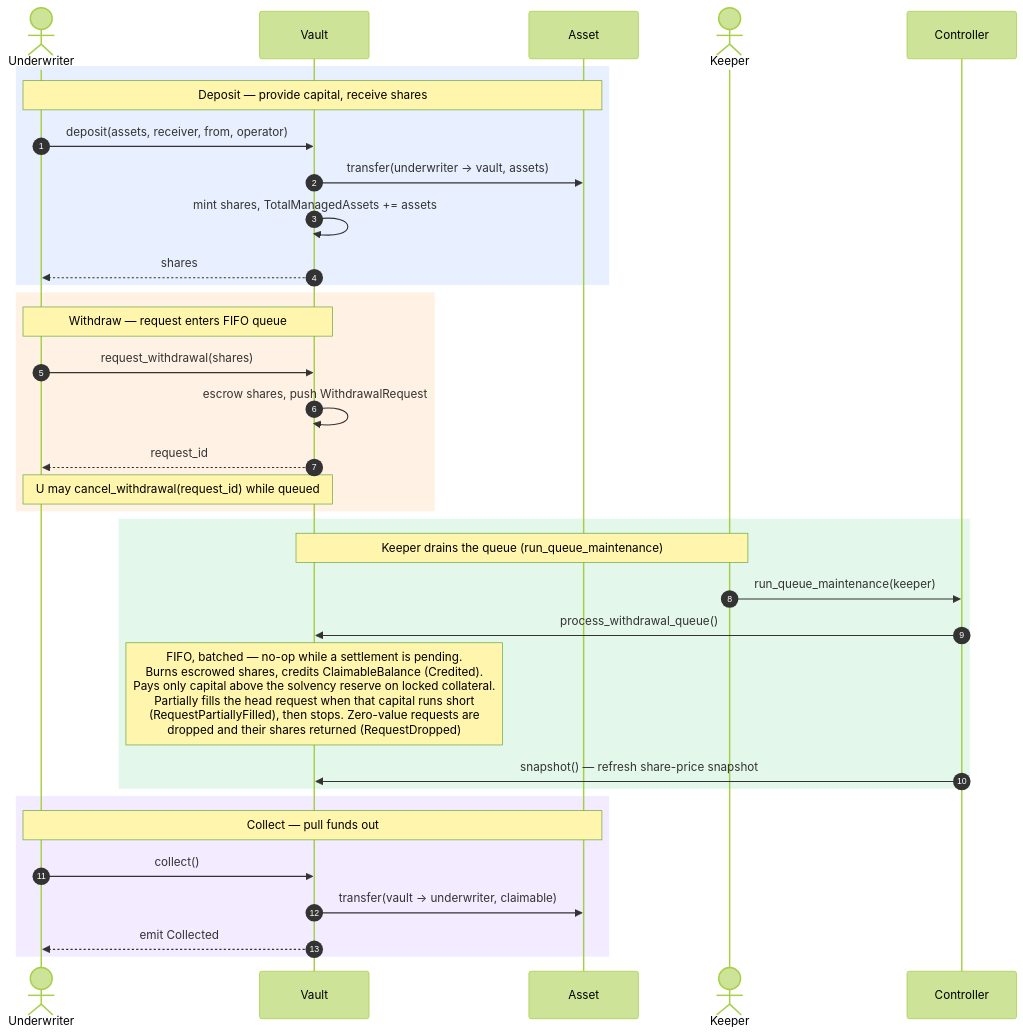
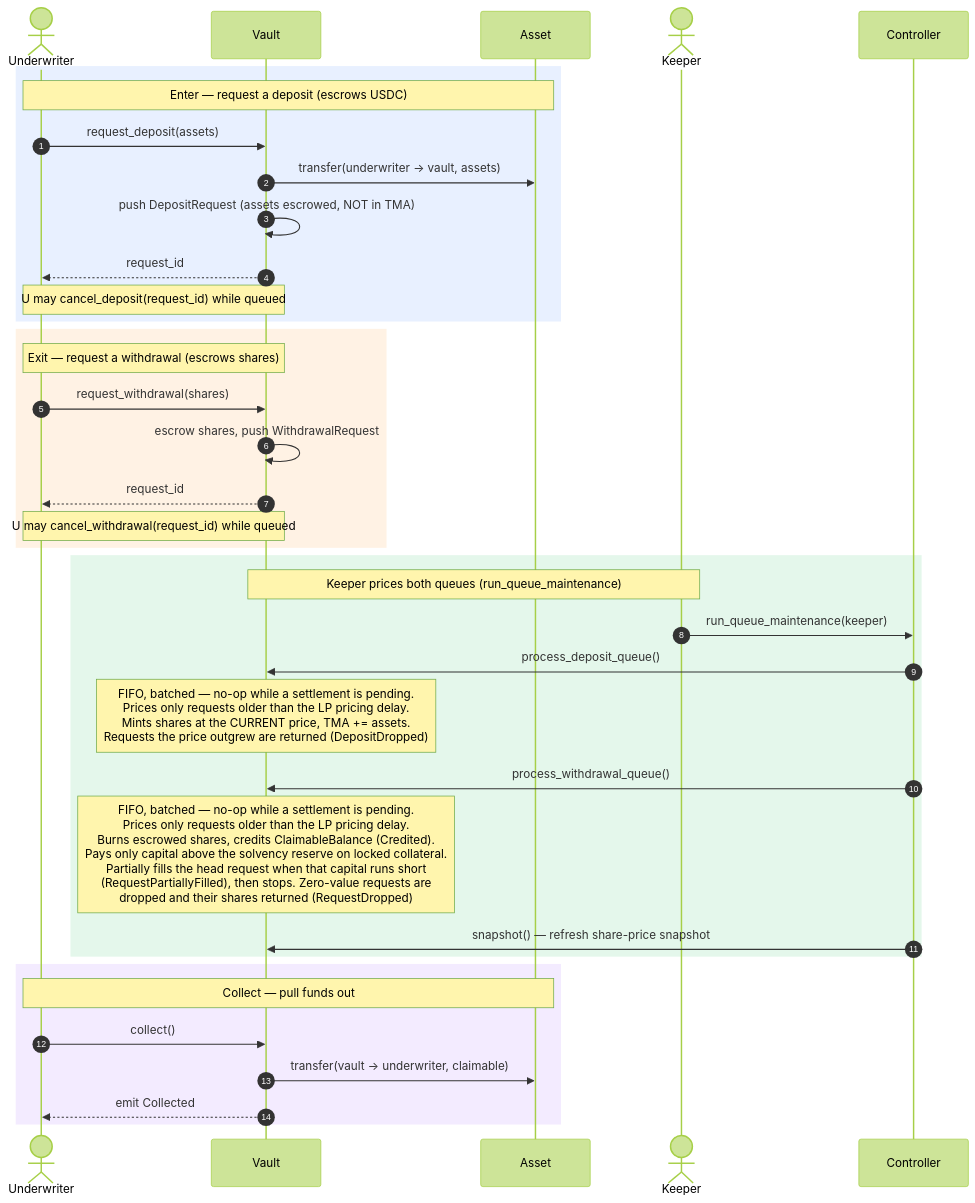
One commit to SentinelFi/sentinel_soroban_v3 changed the fourth of 6 diagrams in sequence_diagrams.md. Above: the diagram before and after it, drawn with Mermaid (forest theme). The commit also changed other lines of this file and 45 other files, not shown here.

````diff
--- a/sequence_diagrams.md
+++ b/sequence_diagrams.md
@@ -180,40 +182,43 @@
 ```mermaid
 sequenceDiagram
     autonumber
     actor U as Underwriter
     participant Vault as Vault
     participant Asset as Asset
     actor Keeper
     participant Ctrl as Controller
 
     rect rgba(96, 148, 255, 0.14)
-    Note over U,Asset: Deposit — provide capital, receive shares
-    U->>Vault: deposit(assets, receiver, from, operator)
+    Note over U,Asset: Enter — request a deposit (escrows USDC)
+    U->>Vault: request_deposit(assets)
     Vault->>Asset: transfer(underwriter → vault, assets)
-    Vault->>Vault: mint shares, TotalManagedAssets += assets
-    Vault-->>U: shares
+    Vault->>Vault: push DepositRequest (assets escrowed, NOT in TMA)
+    Vault-->>U: request_id
+    Note over U,Vault: U may cancel_deposit(request_id) while queued
     end
 
     rect rgba(255, 160, 64, 0.14)
-    Note over U,Vault: Withdraw — request enters FIFO queue
+    Note over U,Vault: Exit — request a withdrawal (escrows shares)
     U->>Vault: request_withdrawal(shares)
     Vault->>Vault: escrow shares, push WithdrawalRequest
     Vault-->>U: request_id
     Note over U,Vault: U may cancel_withdrawal(request_id) while queued
     end
 
     rect rgba(64, 200, 112, 0.14)
-    Note over Keeper,Vault: Keeper drains the queue (run_queue_maintenance)
+    Note over Keeper,Vault: Keeper prices both queues (run_queue_maintenance)
     Keeper->>Ctrl: run_queue_maintenance(keeper)
+    Ctrl->>Vault: process_deposit_queue()
+    Note over Vault: FIFO, batched — no-op while a settlement is pending.<br/>Prices only requests older than the LP pricing delay.<br/>Mints shares at the CURRENT price, TMA += assets.<br/>Requests the price outgrew are returned (DepositDropped)
     Ctrl->>Vault: process_withdrawal_queue()
-    Note over Vault: FIFO, batched — no-op while a settlement is pending.<br/>Burns escrowed shares, credits ClaimableBalance (Credited).<br/>Pays only capital above the solvency reserve on locked collateral.<br/>Partially fills the head request when that capital runs short<br/>(RequestPartiallyFilled), then stops. Zero-value requests are<br/>dropped and their shares returned (RequestDropped)
+    Note over Vault: FIFO, batched — no-op while a settlement is pending.<br/>Prices only requests older than the LP pricing delay.<br/>Burns escrowed shares, credits ClaimableBalance (Credited).<br/>Pays only capital above the solvency reserve on locked collateral.<br/>Partially fills the head request when that capital runs short<br/>(RequestPartiallyFilled), then stops. Zero-value requests are<br/>dropped and their shares returned (RequestDropped)
     Ctrl->>Vault: snapshot() — refresh share-price snapshot
     end
 
     rect rgba(168, 112, 255, 0.14)
     Note over U,Asset: Collect — pull funds out
     U->>Vault: collect()
     Vault->>Asset: transfer(vault → underwriter, claimable)
     Vault-->>U: emit Collected
     end
 ```
````
